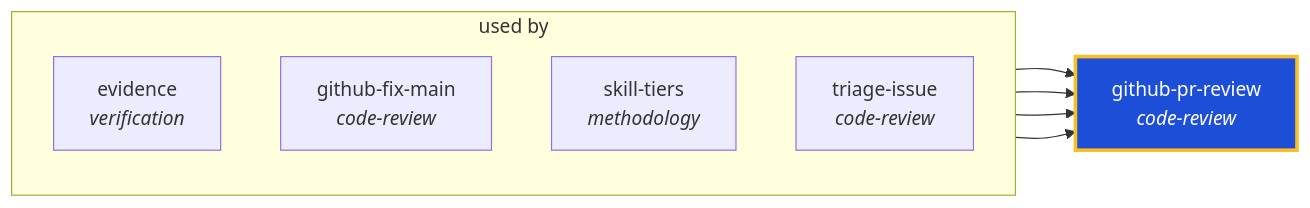
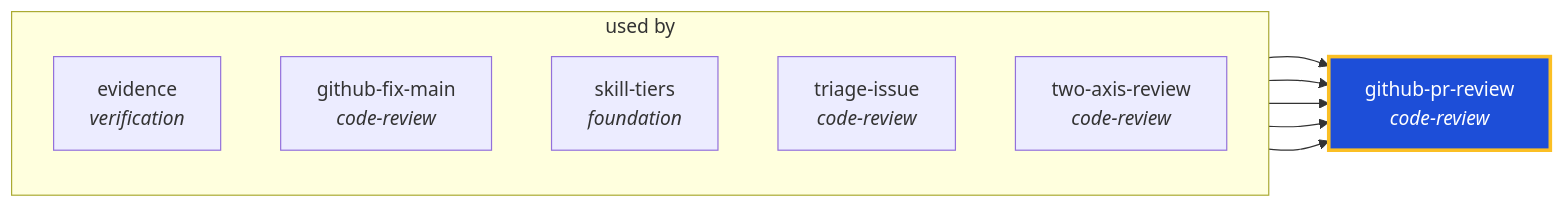
The diagram in docs/graphs/generated/github-pr-review.md (ThePlenkov/skills), drawn with Mermaid before and after one commit. The commit also changed other lines of this file and 76 other files, not shown here.

````diff
--- a/docs/graphs/generated/github-pr-review.md
+++ b/docs/graphs/generated/github-pr-review.md
@@ -22,19 +22,21 @@
 ```mermaid
 graph LR
   github_pr_review["github-pr-review<br/><i>code-review</i>"]
   classDef center fill:#1d4ed8,stroke:#fbbf24,stroke-width:3px,color:#fff
   class github_pr_review center
 
   subgraph sg_used_by["used by"]
     direction TB
     evidence["evidence<br/><i>verification</i>"]
     github_fix_main["github-fix-main<br/><i>code-review</i>"]
-    skill_tiers["skill-tiers<br/><i>methodology</i>"]
+    skill_tiers["skill-tiers<br/><i>foundation</i>"]
     triage_issue["triage-issue<br/><i>code-review</i>"]
+    two_axis_review["two-axis-review<br/><i>code-review</i>"]
   end
   evidence --> github_pr_review
   github_fix_main --> github_pr_review
   skill_tiers --> github_pr_review
   triage_issue --> github_pr_review
+  two_axis_review --> github_pr_review
 
 ```
````
